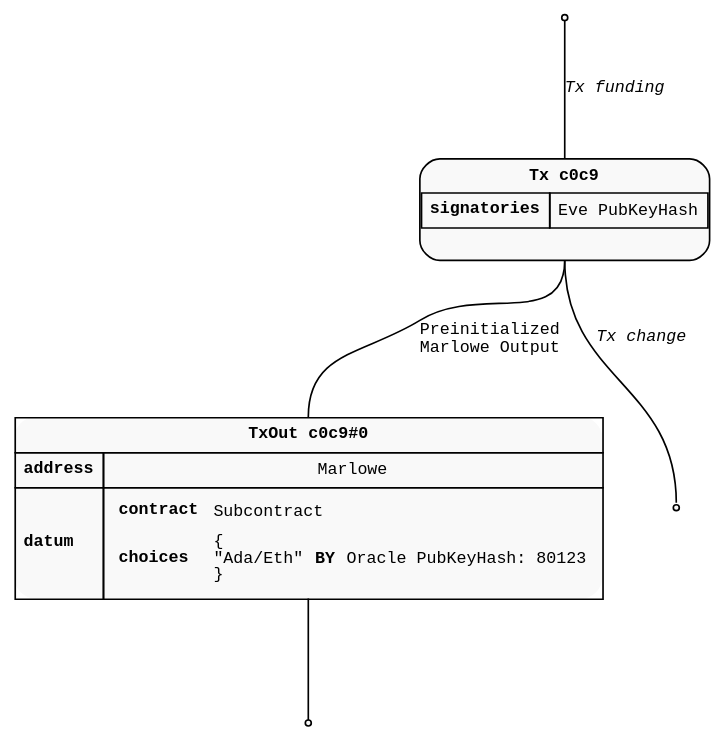
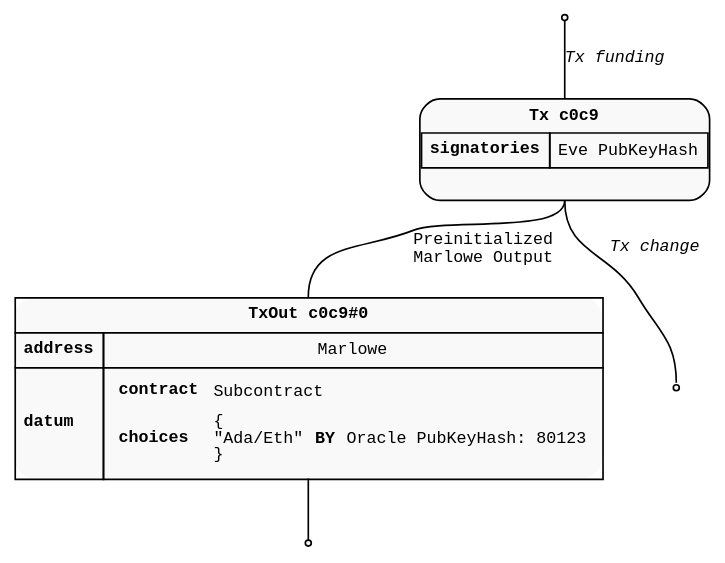
One commit to marlowe-lang/marlowe-oracle-protocol changed the diagram in diagrams/utxo-marlowe-choice-fake.dot. Above: the diagram before and after it, drawn with Graphviz. The commit also changed 20 other files, not shown here.

Commit message:
Merge the markdown files. Make diagrams more compact.

```diff
--- a/diagrams/utxo-marlowe-choice-fake.dot
+++ b/diagrams/utxo-marlowe-choice-fake.dot
@@ -1,140 +1,140 @@
 digraph Marlowe_Choice_Fake {
   rankdir=TD;
-  graph [pad="0.02", nodesep="0.6", ranksep="1"];
+  graph [pad="0.02", nodesep="0.6", ranksep="0.5"];
   node [shape=rect, style="filled,rounded", fillcolor="#f9f9f9", fontname="Courier New", fontsize="10"];
   edge [arrowhead=none, tailport="s", headport="n", color="#aaa", fontname="Courier New", fontsize="10"];
 
   FundingOutput [shape=point];
 
   Tx [label=<
     <TABLE CELLSPACING="0" CELLPADDING="4" BORDER="1" CELLBORDER="0" style="rounded" color="#aaa">
       <TR>
         <TD colspan="2" align="center"><b>Tx c0c9</b></TD>
       </TR>
       <TR>
         <TD CELLPADDING="0">
           <TABLE CELLSPACING="0" CELLPADDING="4" BORDER="0" CELLBORDER="0">
             <TR>
               <TD border="1" align="center"><b>signatories</b></TD>
               <TD border="1" align="left">Eve PubKeyHash</TD>
             </TR>
             <TR>
               <TD collspan="2" align="center"> </TD>
             </TR>
           </TABLE>
         </TD>
       </TR>
     </TABLE>
   > color="#aaa" shape="plain"];
 
   FundingOutput -> Tx [label=<<i>Tx funding</i>>];
 
   MarloweOutput [label=<
     <TABLE CELLSPACING="0" CELLPADDING="4" BORDER="0" CELLBORDER="1" style="rounded" color="#aaa">
       <TR>
         <TD colspan="2" align="center"><b>TxOut c0c9#0</b></TD>
       </TR>
       <TR>
         <TD align="left"><b>address</b></TD>
         <TD>Marlowe</TD>
       </TR>
       <TR>
         <TD align="left"><b>datum</b></TD>
         <TD align="left" balign="left">
           <TABLE CELLSPACING="0" CELLPADDING="4" BORDER="0" CELLBORDER="0" style="rounded" color="#aaa">
             <TR>
               <TD align="left"><b>contract</b></TD>
               <TD align="left" balign="left">Subcontract</TD>
             </TR>
             <TR>
               <TD align="left"><b>choices</b></TD>
               <TD align="left" balign="left">{<br />"Ada/Eth" <b> BY</b>Oracle PubKeyHash: 80123<br/>}</TD>
             </TR>
           </TABLE>
         </TD>
       </TR>
       </TABLE>
   > shape="plain" border="1" color="#000"]
 
   Tx -> MarloweOutput [label=<Preinitialized<br/>Marlowe Output>];
 
   MarloweResultingThreadPoint [shape=point];
   MarloweOutput -> MarloweResultingThreadPoint;
 
   change [shape=point];
   Tx -> change [label=<<i>Tx change</i>>];
 }
 
 
 // digraph Marlowe_Choice_Fake {
 //   rankdir=TD;
-//   graph [pad="0.5", nodesep="0.8", ranksep="1"];
+//   graph [pad="0.5", nodesep="0.8", ranksep="0.5"];
 //   node [shape="plain", style="filled", fillcolor="#e8e8e8", fontname="Courier New", fontsize="10pt"];
 //   edge [arrowhead=none, tailport="s", headport="n", color="#e8e8e8", penwidth="2", fontname="Courier New", fontsize="10pt"];
 // 
 //   Tx [label=<
 //     <TABLE CELLSPACING="0" CELLPADDING="4" BORDER="0" CELLBORDER="0" style="rounded" color="#fff">
 //       <TR>
 //         <TD colspan="2" align="center"><b>Tx 0302</b></TD>
 //       </TR>
 //       <TR>
 //         <TD CELLPADDING="0">
 //           <TABLE CELLSPACING="0" CELLPADDING="4" BORDER="0" CELLBORDER="0">
 //             <TR>
 //               <TD border="1" align="center"><b>signatories</b></TD>
 //               <TD border="1" align="left">Eve PubKeyHash</TD>
 //             </TR>
 //             <TR>
 //               <TD collspan="2" align="center"> </TD>
 //             </TR>
 //           </TABLE>
 //         </TD>
 //       </TR>
 //     </TABLE>
 //   >];
 // 
 //   funding [shape=point];
 // 
 //   funding -> Tx [label=<Eve 5 ADA <br/><i>Tx funding</i>>];
 // 
 // 
 //   info_out2 [label=<
 //     <TABLE CELLSPACING="0" CELLPADDING="4" BORDER="0" CELLBORDER="1" style="rounded" color="#fff">
 //       <TR>
 //         <TD colspan="2" align="center"><b>TxOut 119a#0</b></TD>
 //       </TR>
 //       <TR>
 //         <TD align="left"><b>address</b></TD>
 //         <TD>Marlowe Validator</TD>
 //       </TR>
 //       <TR>
 //         <TD align="left"><b>datum</b></TD>
 //         <TD align="left" balign="left" fontsize="10pt">
 //           <TABLE CELLSPACING="0" CELLPADDING="4" BORDER="0" CELLBORDER="0" style="rounded" color="#fff">
 //             <TR>
 //               <TD align="left"><b>contract</b></TD>
 //               <TD align="left" balign="left">Subcontract</TD>
 //             </TR>
 //             <TR>
 //               <TD align="left"><b>choices</b></TD>
 //               <TD>"Ada/Eth" <b> BY</b>Oracle PubKeyHash = 1</TD>
 //             </TR>
 //           </TABLE>
 //         </TD>
 //       </TR>
 //       </TABLE>
 //   > style="rounded, filled" fillcolor="#e8e8e8"];
 // 
 //   out2 [shape=point];
 // 
 //   Tx -> info_out2 [label=<
 //     Marlowe Output
 //   >];
 // 
 //   info_out2 -> out2;
 // 
 //   change [shape=point];
 //   Tx -> change [label=<Eve 4 ADA<br/><i>Tx change</i>>];
 // 
 // }
 // 
```
